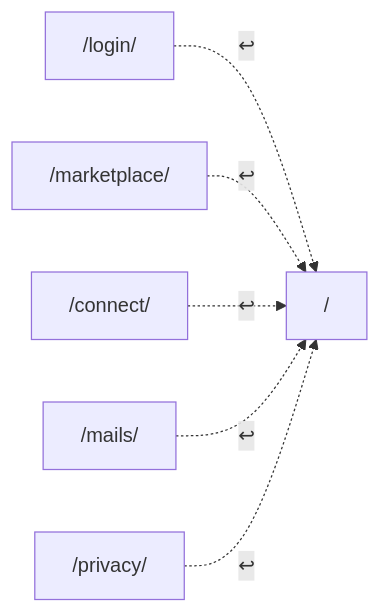
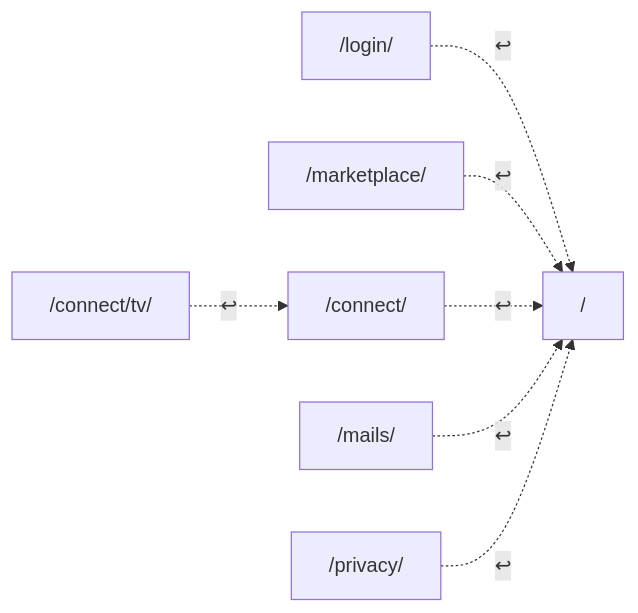
One commit to Andrish97/familiada changed the fifth of 9 diagrams in docs/nawigacja-mapa-plan.md. Above: the diagram before and after it, drawn with Mermaid. The commit also changed other lines of this file and 54 other files, not shown here.

````diff
--- a/docs/nawigacja-mapa-plan.md
+++ b/docs/nawigacja-mapa-plan.md
@@ -601,14 +603,16 @@
 ```mermaid
 flowchart LR
   home["/"]
   login["/login/"]
   marketplace["/marketplace/"]
   connectDevice["/connect/"]
+  connectTv["/connect/tv/"]
   mailCenter["/mails/"]
   privacy["/privacy/"]
   login -.->|↩| home
   marketplace -.->|↩| home
   connectDevice -.->|↩| home
+  connectTv -.->|↩| connectDevice
   mailCenter -.->|↩| home
   privacy -.->|↩| home
 ```
````
